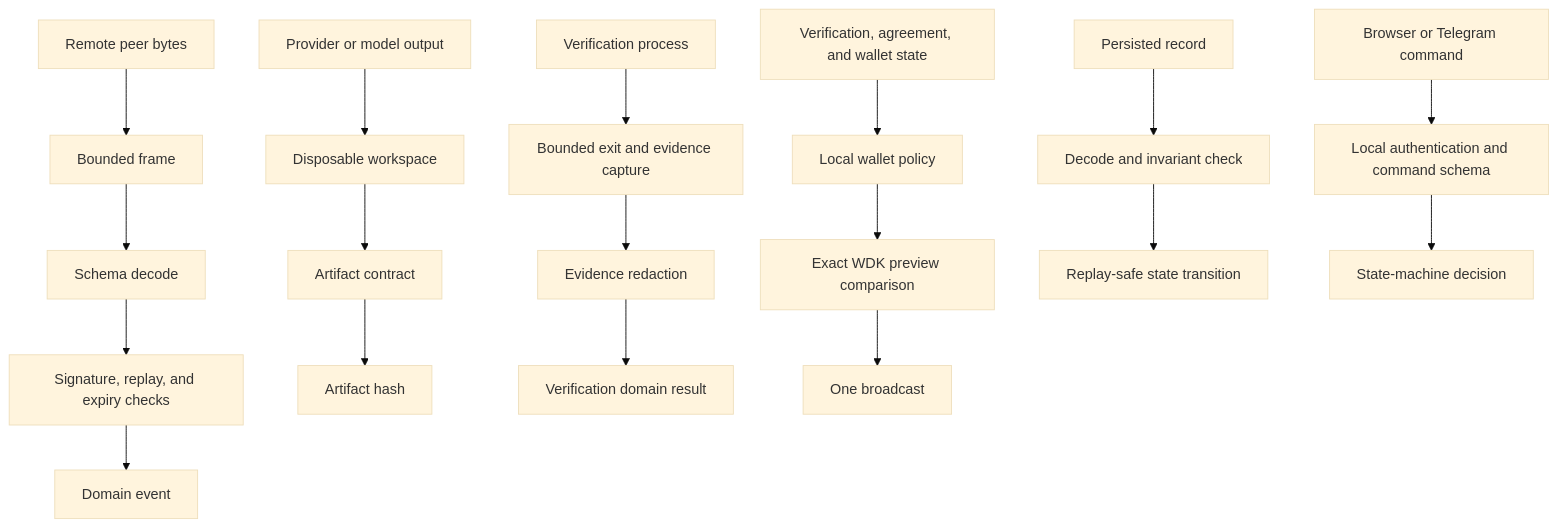
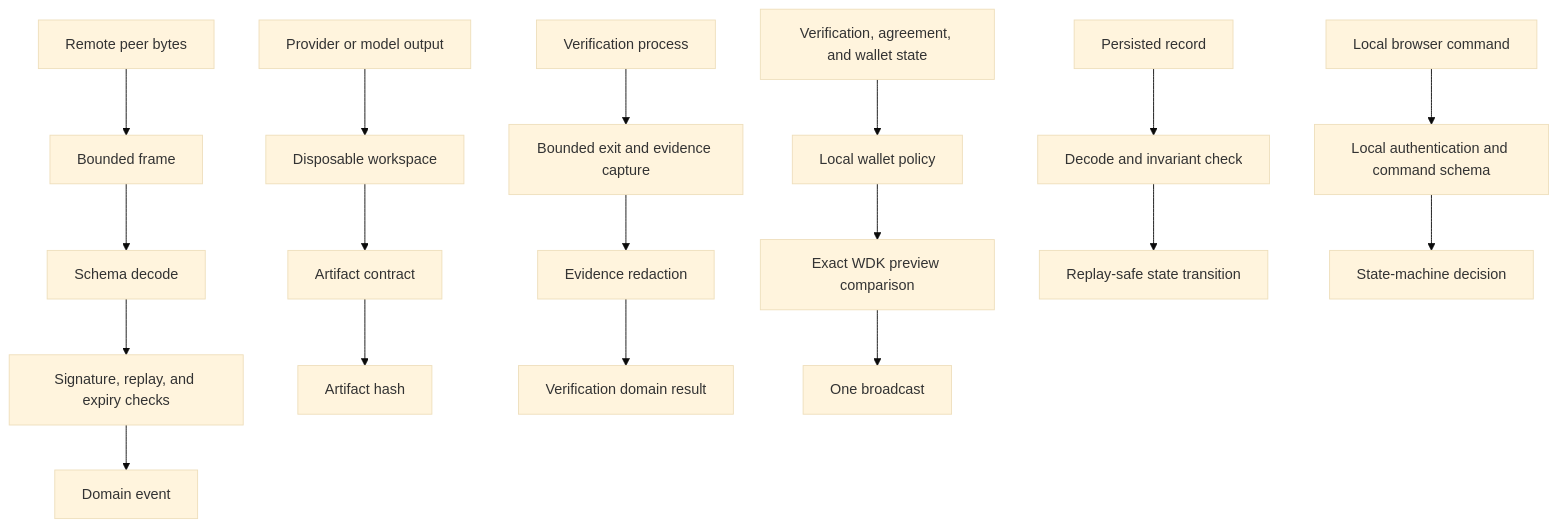
Before and after one commit to 0xgleb/agentopoly: the third of 4 diagrams in docs/architecture.md, drawn with Mermaid (base theme). The commit also changed other lines of this file and 12 other files, not shown here.

````diff
--- a/docs/architecture.md
+++ b/docs/architecture.md
@@ -93,9 +103,9 @@
 ```mermaid
 flowchart TB
   PeerBytes["Remote peer bytes"] --> Frame["Bounded frame"] --> Decode["Schema decode"] --> PeerChecks["Signature, replay, and expiry checks"] --> DomainEvent["Domain event"]
   ProviderOutput["Provider or model output"] --> Workspace["Disposable workspace"] --> ArtifactContract["Artifact contract"] --> ArtifactHash["Artifact hash"]
   VerificationProcess["Verification process"] --> Capture["Bounded exit and evidence capture"] --> Redaction["Evidence redaction"] --> VerificationResult["Verification domain result"]
   PaymentFacts["Verification, agreement, and wallet state"] --> WalletPolicy["Local wallet policy"] --> Preview["Exact WDK preview comparison"] --> Broadcast["One broadcast"]
   PersistedRecord["Persisted record"] --> PersistedDecode["Decode and invariant check"] --> ReplaySafe["Replay-safe state transition"]
-  UICommand["Browser or Telegram command"] --> LocalAuth["Local authentication and command schema"] --> Decision["State-machine decision"]
+  UICommand["Local browser command"] --> LocalAuth["Local authentication and command schema"] --> Decision["State-machine decision"]
 ```
````
